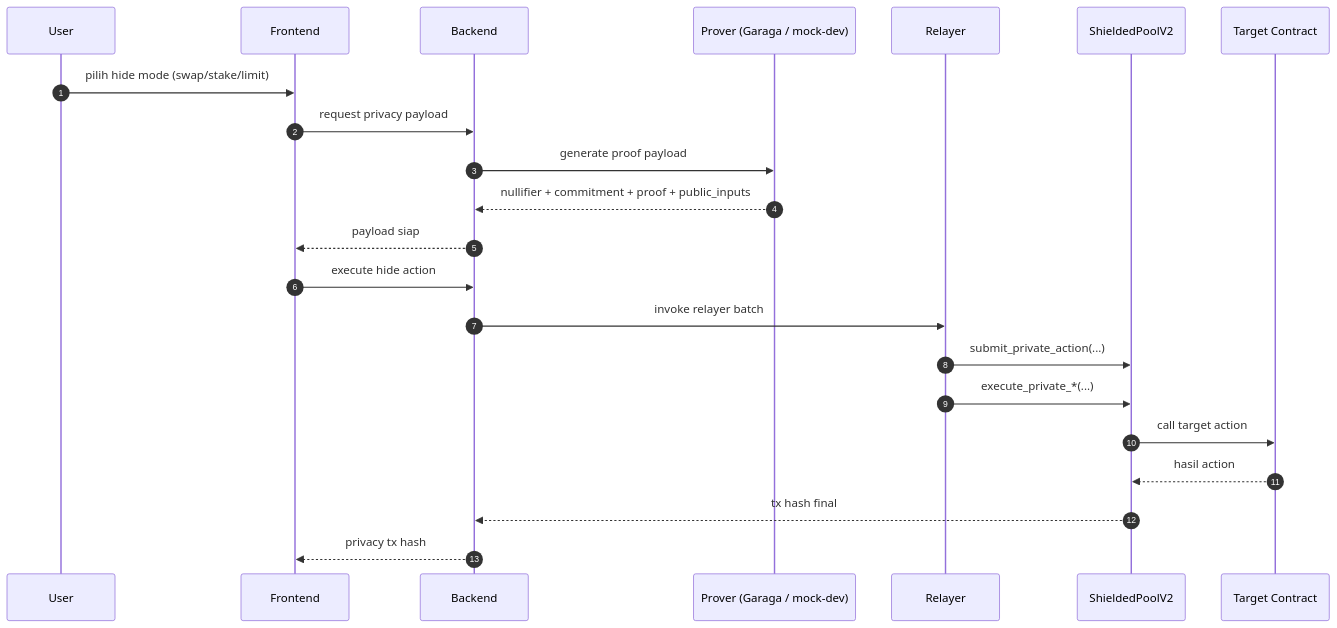
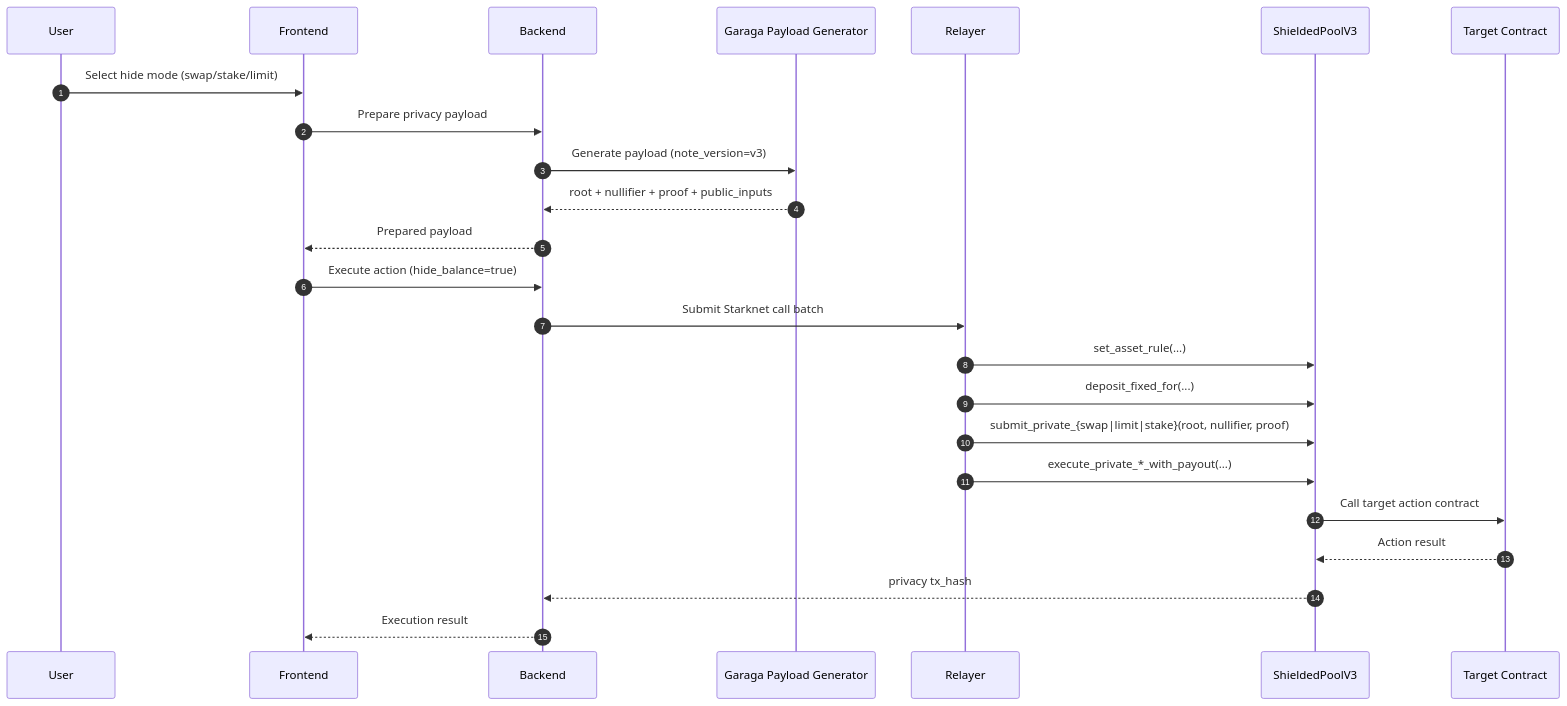
Before and after one commit to ntfound-dev/zkcarel_protocol: the third of 4 diagrams in docs/architecture_mvp_modes.md, drawn with Mermaid. The commit also changed other lines of this file and 25 other files, not shown here.

````diff
--- a/docs/architecture_mvp_modes.md
+++ b/docs/architecture_mvp_modes.md
@@ -139,25 +126,28 @@
 ```mermaid
 sequenceDiagram
     autonumber
     participant User
     participant FE as Frontend
     participant BE as Backend
-    participant P as Prover (Garaga / mock-dev)
+    participant P as Garaga Payload Generator
     participant R as Relayer
-    participant SP as ShieldedPoolV2
+    participant E as ShieldedPoolV3
     participant T as Target Contract
 
-    User->>FE: pilih hide mode (swap/stake/limit)
-    FE->>BE: request privacy payload
-    BE->>P: generate proof payload
-    P-->>BE: nullifier + commitment + proof + public_inputs
-    BE-->>FE: payload siap
-    FE->>BE: execute hide action
-    BE->>R: invoke relayer batch
-    R->>SP: submit_private_action(...)
-    R->>SP: execute_private_*(...)
-    SP->>T: call target action
-    T-->>SP: hasil action
-    SP-->>BE: tx hash final
-    BE-->>FE: privacy tx hash
+    User->>FE: Select hide mode (swap/stake/limit)
+    FE->>BE: Prepare privacy payload
+    BE->>P: Generate payload (note_version=v3)
+    P-->>BE: root + nullifier + proof + public_inputs
+    BE-->>FE: Prepared payload
+
+    FE->>BE: Execute action (hide_balance=true)
+    BE->>R: Submit Starknet call batch
+    R->>E: set_asset_rule(...)
+    R->>E: deposit_fixed_for(...)
+    R->>E: submit_private_{swap|limit|stake}(root, nullifier, proof)
+    R->>E: execute_private_*_with_payout(...)
+    E->>T: Call target action contract
+    T-->>E: Action result
+    E-->>BE: privacy tx_hash
+    BE-->>FE: Execution result
 ```
````
